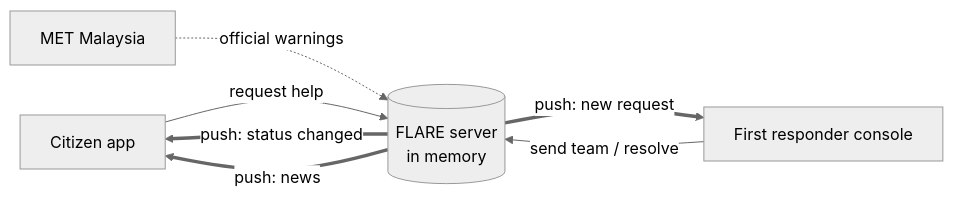
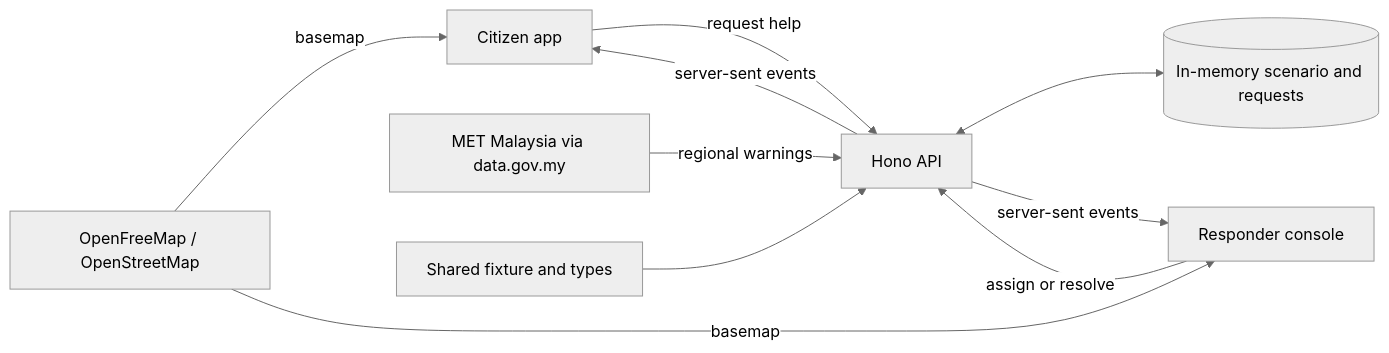
The diagram in README.md (circleismyfavshape/Hackathon-US-US-US), drawn with Mermaid (neutral theme) before and after one commit. The commit also changed other lines of this file and 22 other files, not shown here.

Commit message:
docs: present FLARE with research, team contributions and MIT licensing

````diff
--- a/README.md
+++ b/README.md
@@ -104,9 +138,12 @@
 ```mermaid
 flowchart LR
-    P[Citizen app] -- "request help" --> S[(FLARE server<br/>in memory)]
-    S == "push: status changed" ==> P
-    R[First responder console] -- "send team / resolve" --> S
-    S == "push: new request" ==> R
-    M[MET Malaysia] -. "official warnings" .-> S
-    S == "push: news" ==> P
+    C[Citizen app] -->|request help| API[Hono API]
+    R[Responder console] -->|assign or resolve| API
+    API <--> S[(In-memory scenario and requests)]
+    API -->|server-sent events| C
+    API -->|server-sent events| R
+    MET[MET Malaysia via data.gov.my] -->|regional warnings| API
+    F[Shared fixture and types] --> API
+    OSM[OpenFreeMap / OpenStreetMap] -->|basemap| C
+    OSM -->|basemap| R
 ```
````
